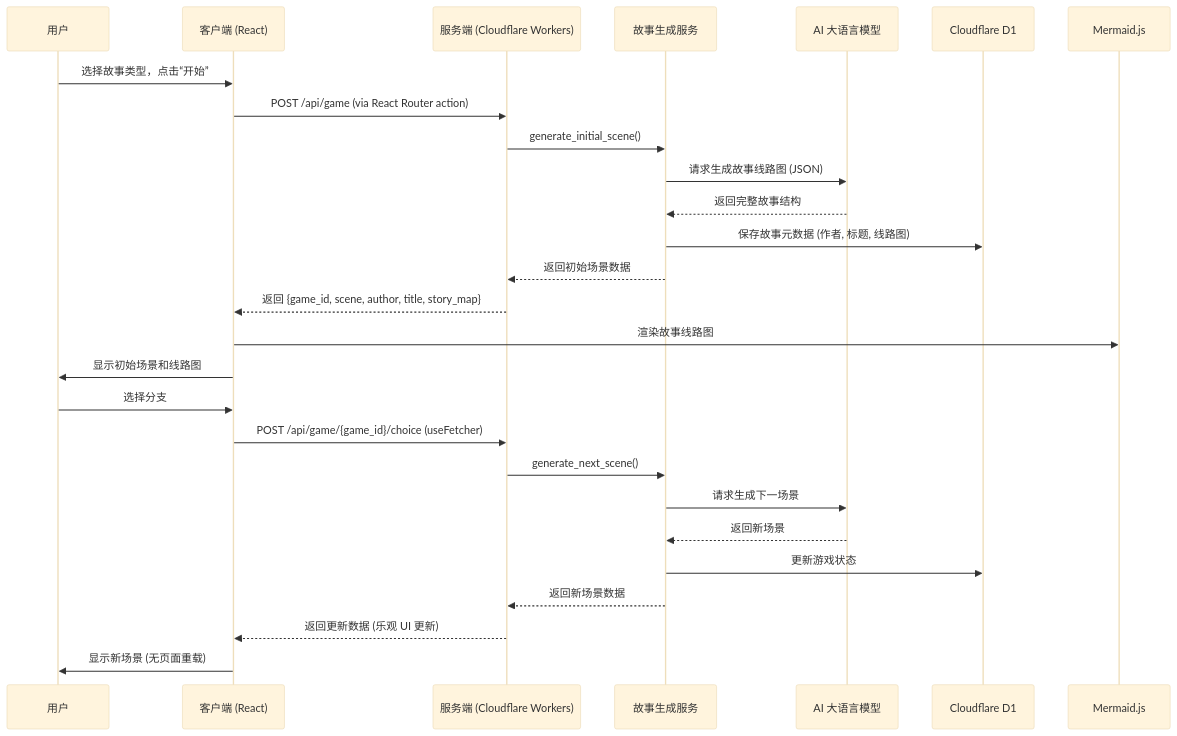
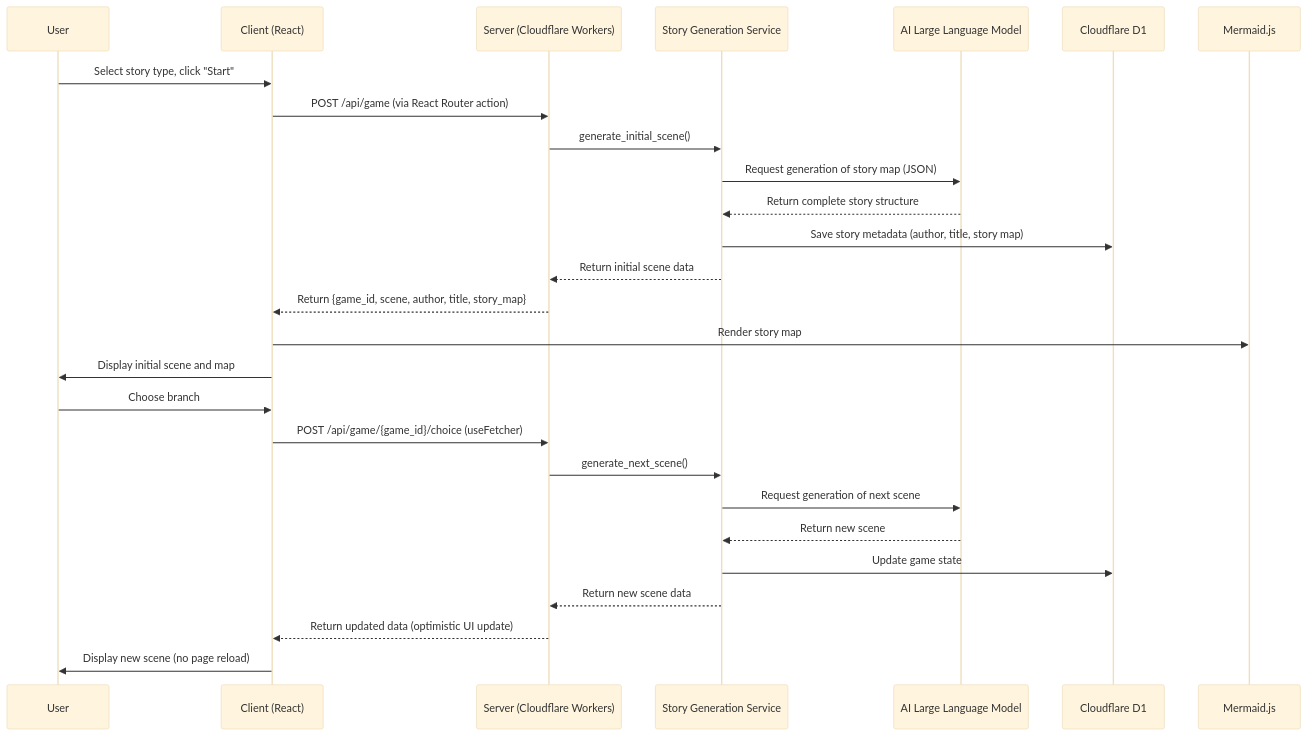
The diagram in README.md (royisme/justplay), drawn with Mermaid (base theme) before and after one commit. The commit also changed other lines of this file and 1 other file, not shown here.

````diff
--- a/README.md
+++ b/README.md
@@ -353,30 +360,30 @@
 ```mermaid
 sequenceDiagram
-    participant User as 用户
-    participant Client as 客户端 (React)
-    participant Server as 服务端 (Cloudflare Workers)
-    participant StoryGen as 故事生成服务
-    participant LLM as AI 大语言模型
+    participant User as User
+    participant Client as Client (React)
+    participant Server as Server (Cloudflare Workers)
+    participant StoryGen as Story Generation Service
+    participant LLM as AI Large Language Model
     participant DB as Cloudflare D1
 
-    User->>Client: 选择故事类型，点击“开始”
+    User->>Client: Select story type, click "Start"
     Client->>Server: POST /api/game (via React Router action)
     Server->>StoryGen: generate_initial_scene()
-    StoryGen->>LLM: 请求生成故事线路图 (JSON)
-    LLM-->>StoryGen: 返回完整故事结构
-    StoryGen->>DB: 保存故事元数据 (作者, 标题, 线路图)
-    StoryGen-->>Server: 返回初始场景数据
-    Server-->>Client: 返回 {game_id, scene, author, title, story_map}
-    Client->>Mermaid.js: 渲染故事线路图
-    Client->>User: 显示初始场景和线路图
+    StoryGen->>LLM: Request generation of story map (JSON)
+    LLM-->>StoryGen: Return complete story structure
+    StoryGen->>DB: Save story metadata (author, title, story map)
+    StoryGen-->>Server: Return initial scene data
+    Server-->>Client: Return {game_id, scene, author, title, story_map}
+    Client->>Mermaid.js: Render story map
+    Client->>User: Display initial scene and map
 
-    User->>Client: 选择分支
+    User->>Client: Choose branch
     Client->>Server: POST /api/game/{game_id}/choice (useFetcher)
     Server->>StoryGen: generate_next_scene()
-    StoryGen->>LLM: 请求生成下一场景
-    LLM-->>StoryGen: 返回新场景
-    StoryGen->>DB: 更新游戏状态
-    StoryGen-->>Server: 返回新场景数据
-    Server-->>Client: 返回更新数据 (乐观 UI 更新)
-    Client->>User: 显示新场景 (无页面重载)
+    StoryGen->>LLM: Request generation of next scene
+    LLM-->>StoryGen: Return new scene
+    StoryGen->>DB: Update game state
+    StoryGen-->>Server: Return new scene data
+    Server-->>Client: Return updated data (optimistic UI update)
+    Client->>User: Display new scene (no page reload)
 ```
````
